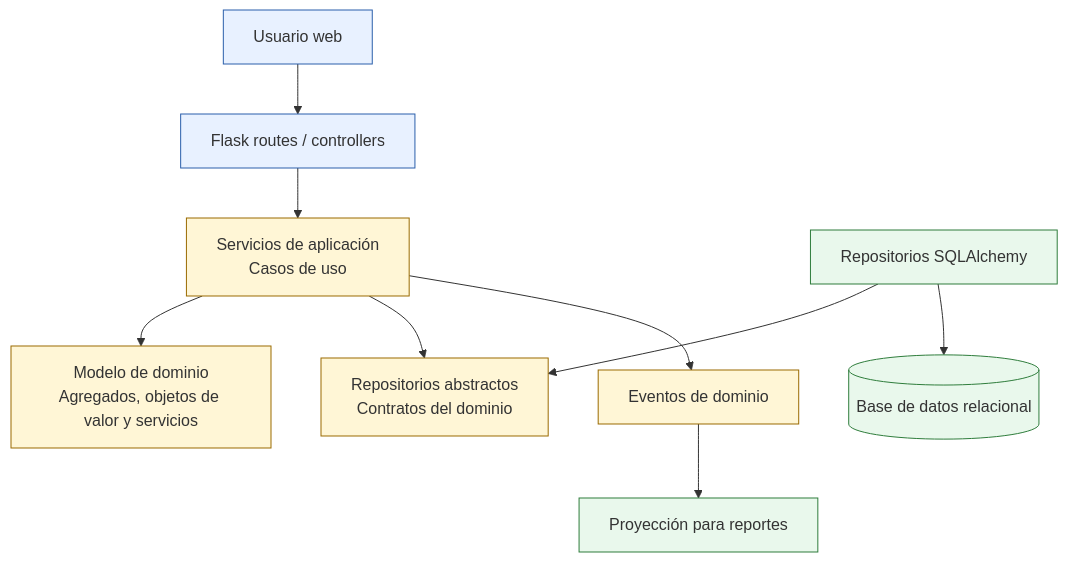
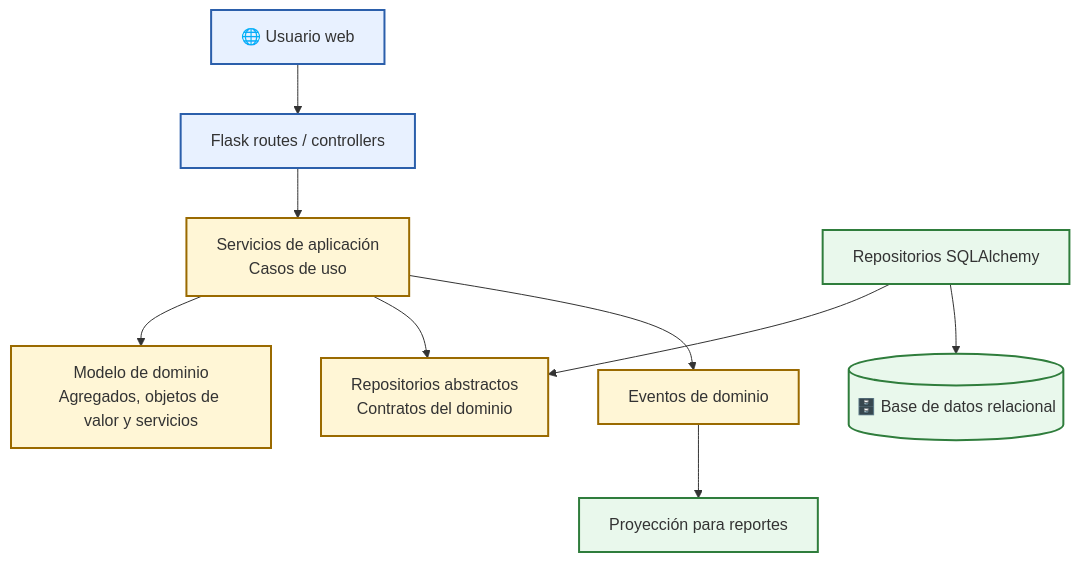
The fourth of 9 diagrams in README.md (javierRock/SoftwareTextil), drawn with Mermaid before and after one commit. The commit also changed other lines of this file and 9 other files, not shown here.

````diff
--- a/README.md
+++ b/README.md
@@ -474,19 +502,19 @@
 ```mermaid
 flowchart TD
-    UsuarioWeb["Usuario web"] --> Flask["Flask routes / controllers"]
+    UsuarioWeb["🌐 Usuario web"] --> Flask["Flask routes / controllers"]
     Flask --> AppServices["Servicios de aplicación\nCasos de uso"]
     AppServices --> DomainModel["Modelo de dominio\nAgregados, objetos de valor y servicios"]
     AppServices --> Ports["Repositorios abstractos\nContratos del dominio"]
     SQLA["Repositorios SQLAlchemy"] --> Ports
-    SQLA --> DB[("Base de datos relacional")]
+    SQLA --> DB[("🗄️ Base de datos relacional")]
     AppServices --> Events["Eventos de dominio"]
     Events --> Reports["Proyección para reportes"]
 
-    classDef outer fill:#e8f1ff,stroke:#2b5fab,stroke-width:1px
-    classDef core fill:#fff6d6,stroke:#9a6a00,stroke-width:1px
-    classDef infra fill:#e9f8ec,stroke:#2f7d3c,stroke-width:1px
+    classDef outer fill:#e8f1ff,stroke:#2b5fab,stroke-width:2px
+    classDef core fill:#fff6d6,stroke:#9a6a00,stroke-width:2px
+    classDef infra fill:#e9f8ec,stroke:#2f7d3c,stroke-width:2px
 
     class UsuarioWeb,Flask outer
     class AppServices,DomainModel,Ports,Events core
     class SQLA,DB,Reports infra
 ```
````
